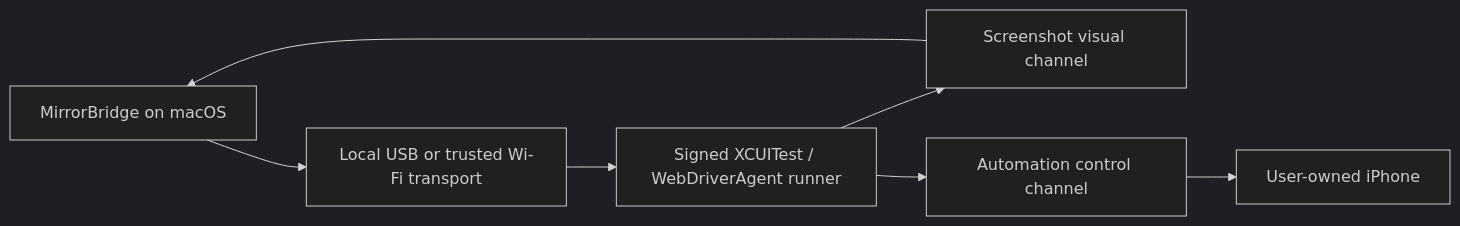
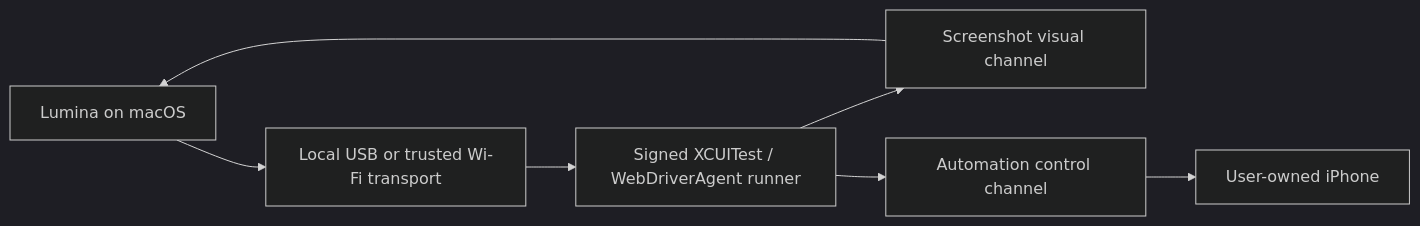
The diagram in README.md (ipixeldev/Lumina), drawn with Mermaid (dark theme) before and after one commit. The commit also changed other lines of this file and 41 other files, not shown here.

````diff
--- a/README.md
+++ b/README.md
@@ -32,16 +28,16 @@
 ```mermaid
 flowchart LR
-    Mac["MirrorBridge on macOS"]
+    Mac["Lumina on macOS"]
     Transport["Local USB or trusted Wi-Fi transport"]
     Runner["Signed XCUITest / WebDriverAgent runner"]
     Screen["Screenshot visual channel"]
     Control["Automation control channel"]
     Phone["User-owned iPhone"]
 
     Mac --> Transport
     Transport --> Runner
     Runner --> Screen
     Runner --> Control
     Screen --> Mac
     Control --> Phone
 ```
````
